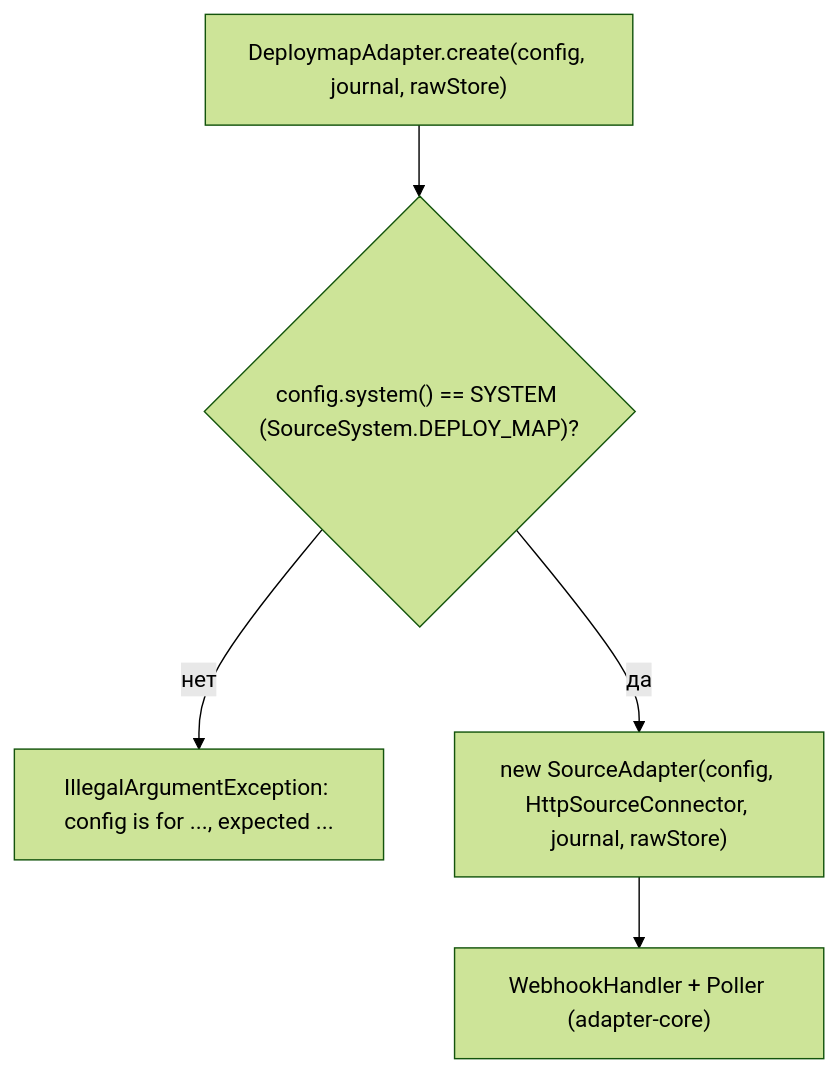
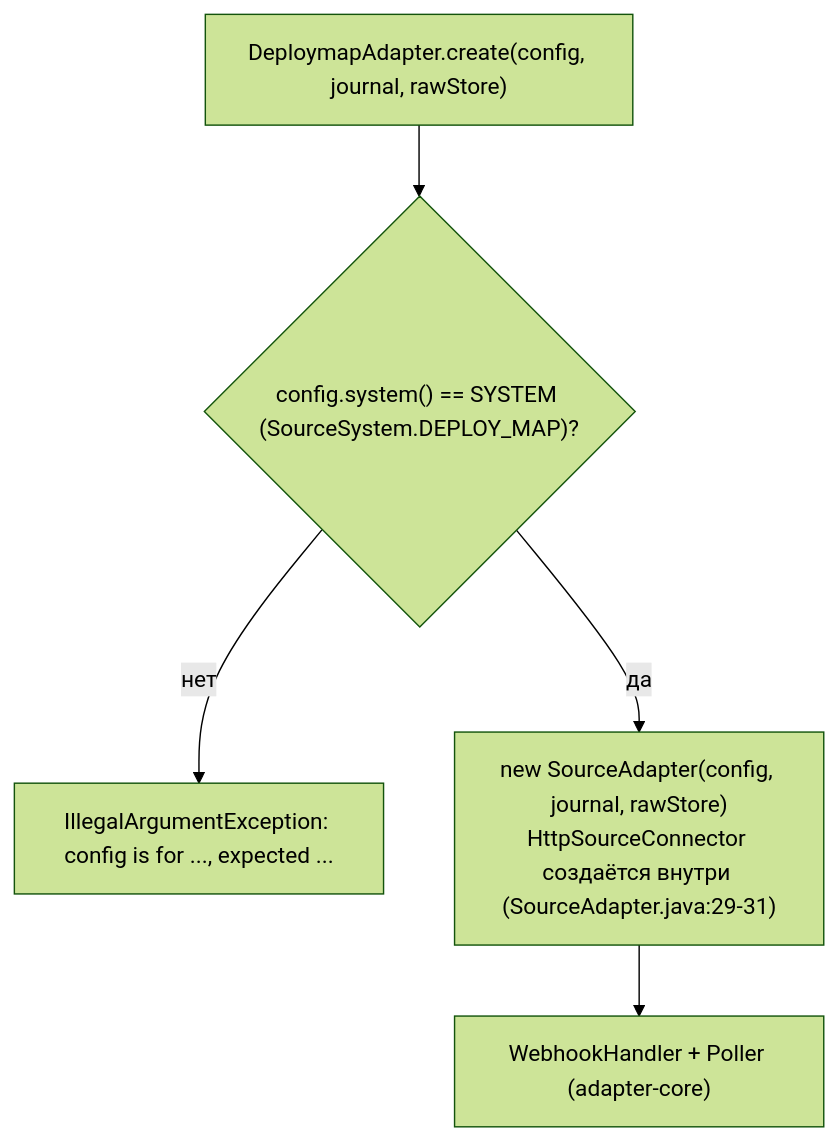
One commit to Unlocker/architecture-rag changed the diagram in _reversa_sdd/flowcharts/deploymap-adapter.md. Above: the diagram before and after it, drawn with Mermaid (forest theme). The commit also changed 17 other files, not shown here.

````diff
--- a/_reversa_sdd/flowcharts/deploymap-adapter.md
+++ b/_reversa_sdd/flowcharts/deploymap-adapter.md
@@ -7,7 +7,7 @@
 ```mermaid
 flowchart TD
   A["DeploymapAdapter.create(config, journal, rawStore)"] --> C{"config.system() == SYSTEM (SourceSystem.DEPLOY_MAP)?"}
   C -- нет --> X["IllegalArgumentException: config is for ..., expected ..."]
-  C -- да --> SA["new SourceAdapter(config, HttpSourceConnector, journal, rawStore)"]
+  C -- да --> SA["new SourceAdapter(config, journal, rawStore)<br/>HttpSourceConnector создаётся внутри (SourceAdapter.java:29-31)"]
   SA --> W["WebhookHandler + Poller (adapter-core)"]
 ```
````
